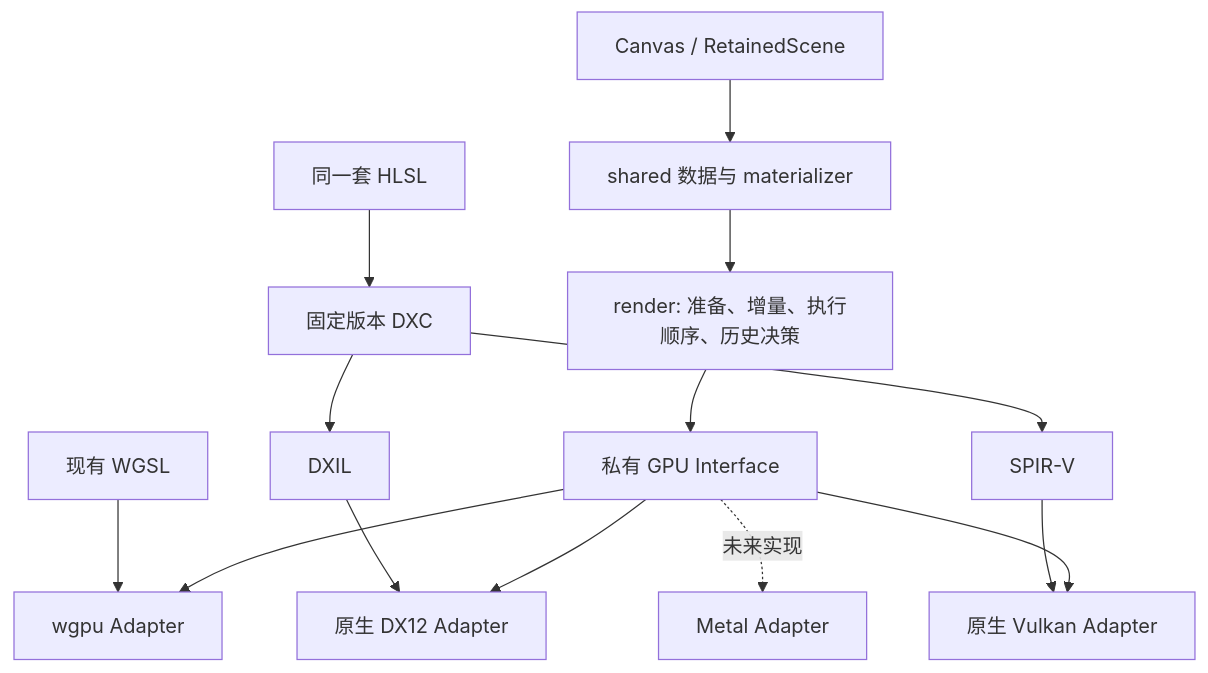
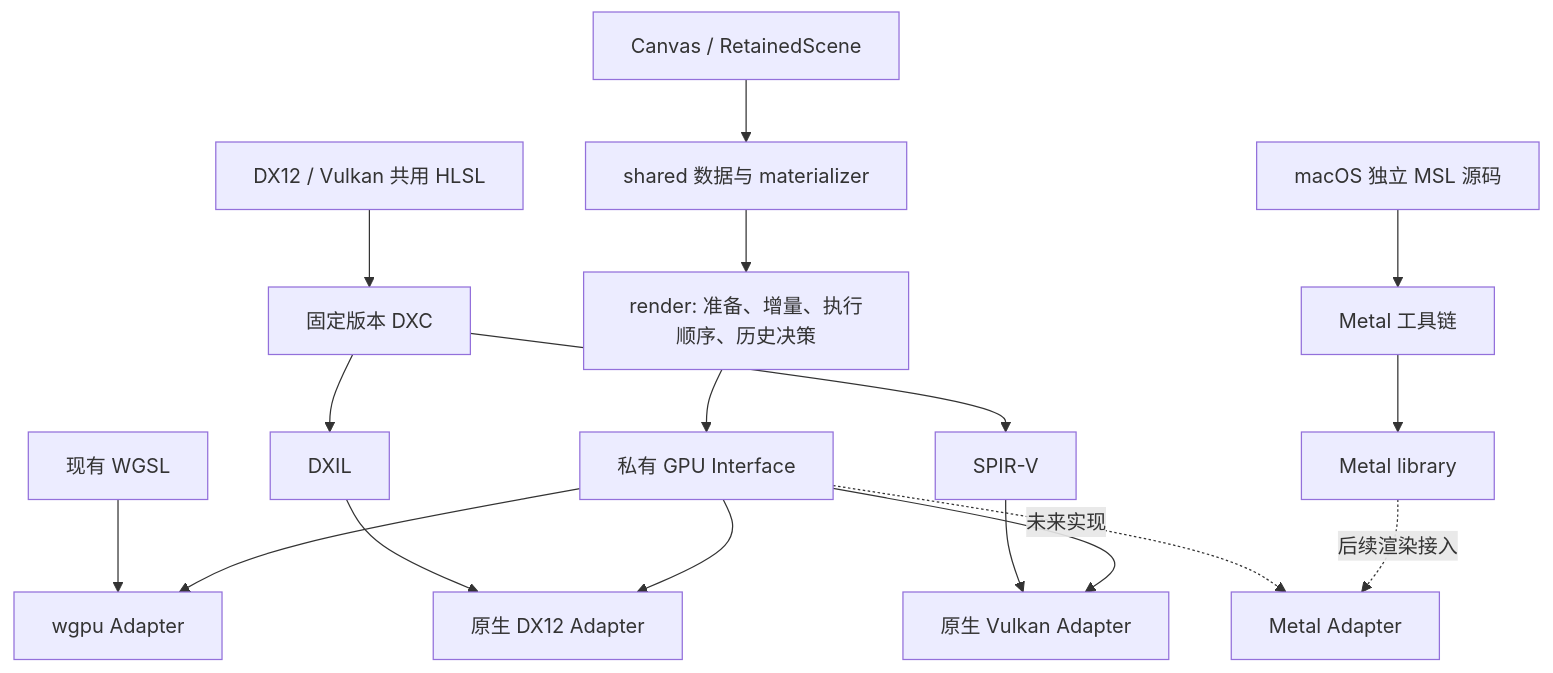
Before and after one commit to Jianqoq/tileink: the diagram in NATIVE_BACKEND_PLAN.md, drawn with Mermaid. The commit also changed other lines of this file and 535 other files, not shown here.

````diff
--- a/NATIVE_BACKEND_PLAN.md
+++ b/NATIVE_BACKEND_PLAN.md
@@ -70,16 +70,19 @@
 ```mermaid
 flowchart TD
     Scene[Canvas / RetainedScene] --> Data[shared 数据与 materializer]
     Data --> Core[render: 准备、增量、执行顺序、历史决策]
     Core --> Seam[私有 GPU Interface]
     Seam --> W[wgpu Adapter]
     Seam --> D[原生 DX12 Adapter]
     Seam --> V[原生 Vulkan Adapter]
     WGSL[现有 WGSL] --> W
-    HLSL[同一套 HLSL] --> DXC[固定版本 DXC]
+    HLSL[DX12 / Vulkan 共用 HLSL] --> DXC[固定版本 DXC]
     DXC --> DXIL[DXIL]
     DXC --> SPIRV[SPIR-V]
     DXIL --> D
     SPIRV --> V
-    Seam -. 未来实现 .-> M[Metal Adapter]
+    MSL[macOS 独立 MSL 源码] --> MC[Metal 工具链]
+    MC --> ML[Metal library]
+    ML -. 后续渲染接入 .-> M[Metal Adapter]
+    Seam -. 未来实现 .-> M
 ```
````
